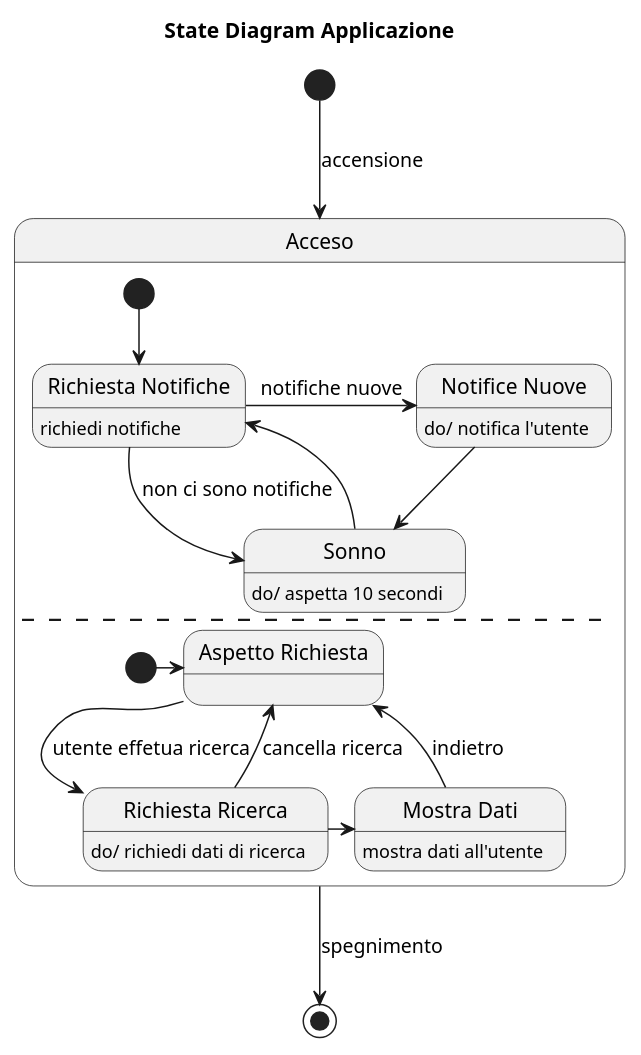
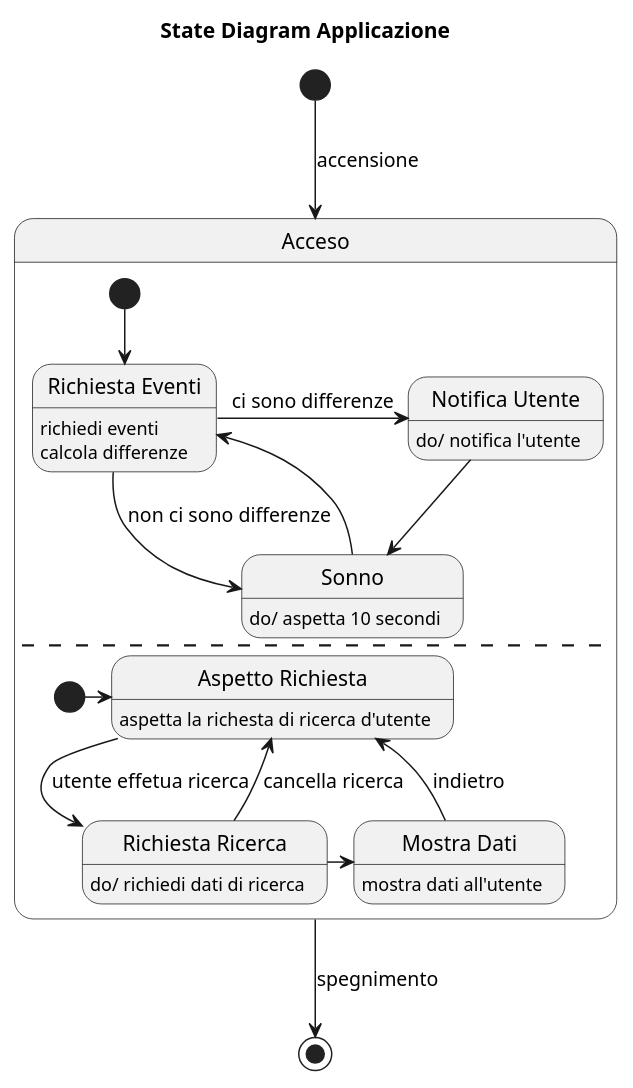
The diagram in docs/diagrams/state/applicazione.puml (xFA25E/sweng_14_2019), drawn with PlantUML before and after one commit. The commit also changed 1 other file, not shown here.

Commit message:
state diagrams update

```diff
--- a/docs/diagrams/state/applicazione.puml
+++ b/docs/diagrams/state/applicazione.puml
@@ -1,41 +1,44 @@
 @startuml
 title State Diagram Applicazione
 
 [*] --> Acceso: accensione
 
 state Acceso {
-    [*] --> RicNot
-    state "Richiesta Notifiche" as RicNot
-    RicNot: richiedi notifiche
+    state "Richiesta Eventi" as RichiestaEventi
+    state "Notifica Utente" as NotificaUtente
+    state "Sonno" as Sonno
 
-    RicNot --> Sonno: non ci sono notifiche
+    [*] --> RichiestaEventi
+
+    RichiestaEventi: richiedi eventi
+    RichiestaEventi: calcola differenze
+    RichiestaEventi --> Sonno: non ci sono differenze
+    RichiestaEventi -right-> NotificaUtente: ci sono differenze
+
+    NotificaUtente: do/ notifica l'utente
+    NotificaUtente --> Sonno
+
     Sonno: do/ aspetta 10 secondi
-
-    RicNot -right-> RicNuo: notifiche nuove
-    state "Notifice Nuove" as RicNuo
-    RicNuo: do/ notifica l'utente
-
-    RicNuo --> Sonno
-
-    Sonno --> RicNot
+    Sonno --> RichiestaEventi
 
     --
 
-    [*] -right-> AspRic
-    state "Aspetto Richiesta" as AspRic
+    state "Aspetto Richiesta" as AspettoRichiesta
+    state "Richiesta Ricerca" as RichiestaRicerca
+    state "Mostra Dati" as MostraDati
 
-    AspRic --> RicRic: utente effetua ricerca
-    state "Richiesta Ricerca" as RicRic
-    RicRic: do/ richiedi dati di ricerca
+    [*] -right-> AspettoRichiesta
 
-    RicRic --> AspRic: cancella ricerca
+    AspettoRichiesta: aspetta la richesta di ricerca d'utente
+    AspettoRichiesta --> RichiestaRicerca: utente effetua ricerca
 
-    RicRic -right-> MoDa
-    state "Mostra Dati" as MoDa
-    MoDa: mostra dati all'utente
+    RichiestaRicerca: do/ richiedi dati di ricerca
+    RichiestaRicerca --> AspettoRichiesta: cancella ricerca
+    RichiestaRicerca -right-> MostraDati
 
-    MoDa --> AspRic: indietro
+    MostraDati: mostra dati all'utente
+    MostraDati --> AspettoRichiesta: indietro
 }
 
 Acceso --> [*]: spegnimento
 @enduml
```
